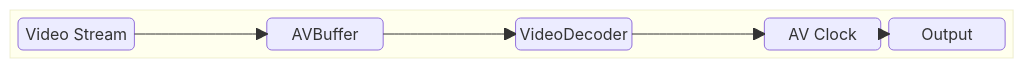
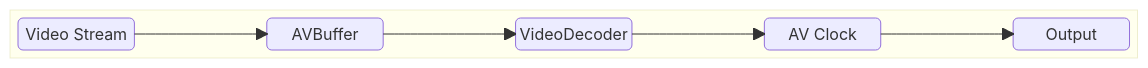
The fourth of 8 diagrams in docs/pages/avClock_High-Level-3_TestSpecification.md (davidkoo-brcm/rdk-halif-aidl-test-avclock), drawn with Mermaid before and after one commit. The commit also changed other lines of this file, not shown here.

````diff
--- a/docs/pages/avClock_High-Level-3_TestSpecification.md
+++ b/docs/pages/avClock_High-Level-3_TestSpecification.md
@@ -116,10 +116,10 @@
 ```mermaid
 block-beta
     block:1
-        VideoStream("Video Stream") space AVBuffer("AVBuffer") space VideoDecoder("VideoDecoder") space AVClock("AV Clock")  Output("Output")
+        VideoStream("Video Stream") space AVBuffer("AVBuffer") space VideoDecoder("VideoDecoder") space AVClock("AV Clock") space Output("Output")
         VideoStream --> AVBuffer
         AVBuffer --> VideoDecoder
         VideoDecoder --> AVClock
         AVClock --> Output
     end
 ```
````
